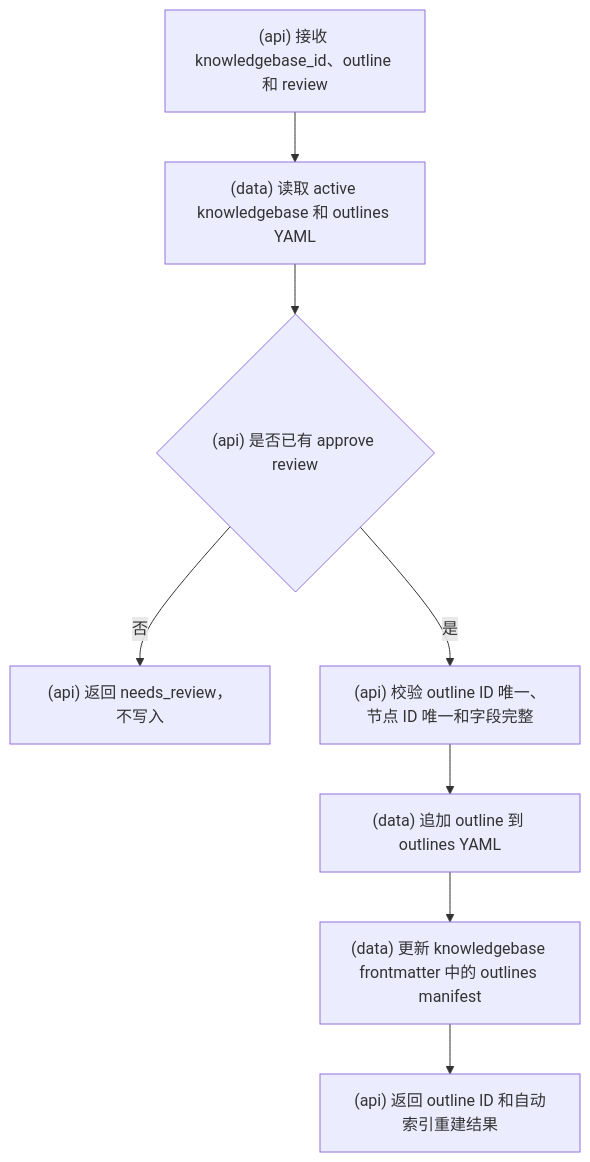
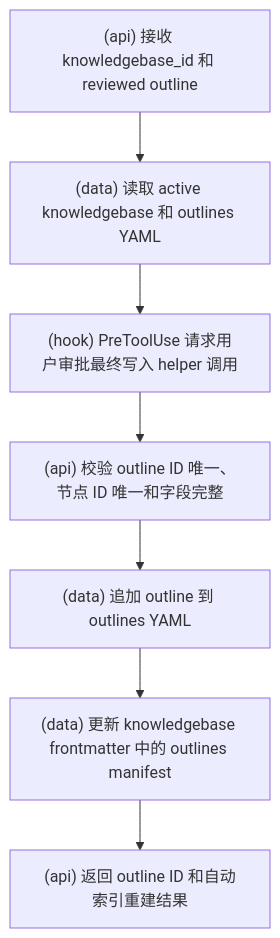
Before and after one commit to srangerme/KBManager: diagram 13 of 21 in docs/流程图.md, drawn with Mermaid. The commit also changed other lines of this file and 48 other files, not shown here.

````diff
--- a/docs/流程图.md
+++ b/docs/流程图.md
@@ -189,10 +193,9 @@
 ```mermaid
 flowchart TD
-  A["(api) 接收 knowledgebase_id、outline 和 review"] --> B["(data) 读取 active knowledgebase 和 outlines YAML"]
-  B --> C{"(api) 是否已有 approve review"}
-  C -- 否 --> D["(api) 返回 needs_review，不写入"]
-  C -- 是 --> E["(api) 校验 outline ID 唯一、节点 ID 唯一和字段完整"]
+  A["(api) 接收 knowledgebase_id 和 reviewed outline"] --> B["(data) 读取 active knowledgebase 和 outlines YAML"]
+  B --> C["(hook) PreToolUse 请求用户审批最终写入 helper 调用"]
+  C --> E["(api) 校验 outline ID 唯一、节点 ID 唯一和字段完整"]
   E --> F["(data) 追加 outline 到 outlines YAML"]
   F --> G["(data) 更新 knowledgebase frontmatter 中的 outlines manifest"]
   G --> H["(api) 返回 outline ID 和自动索引重建结果"]
 ```
````
